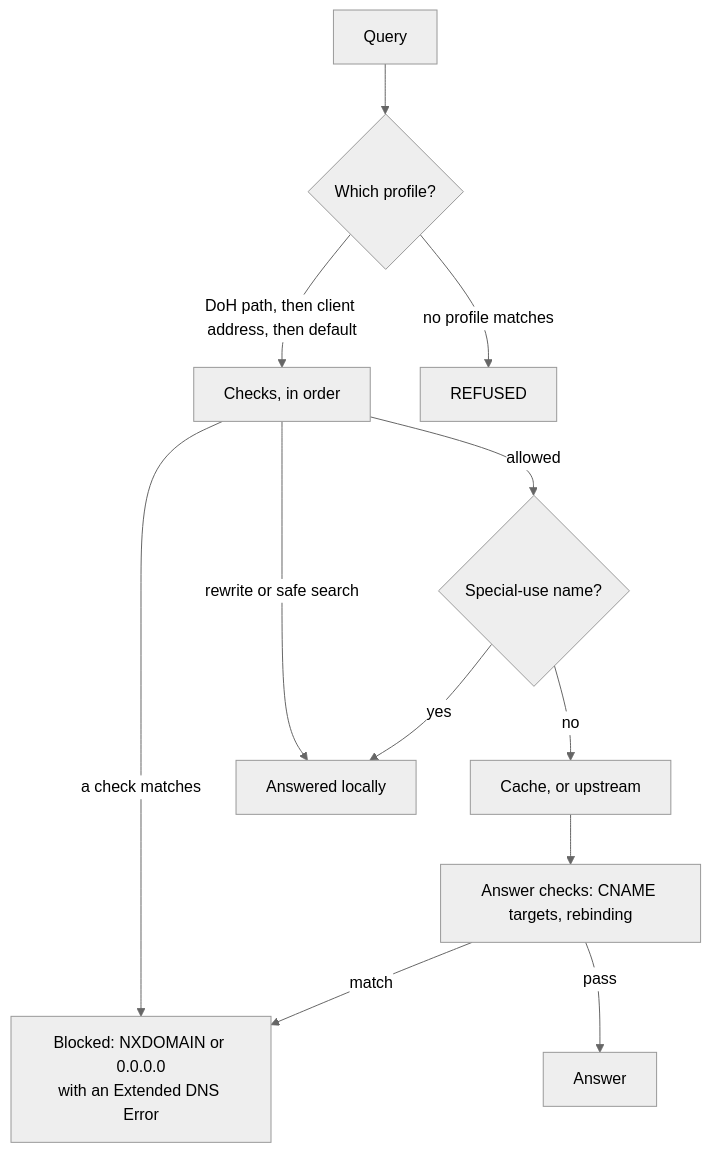
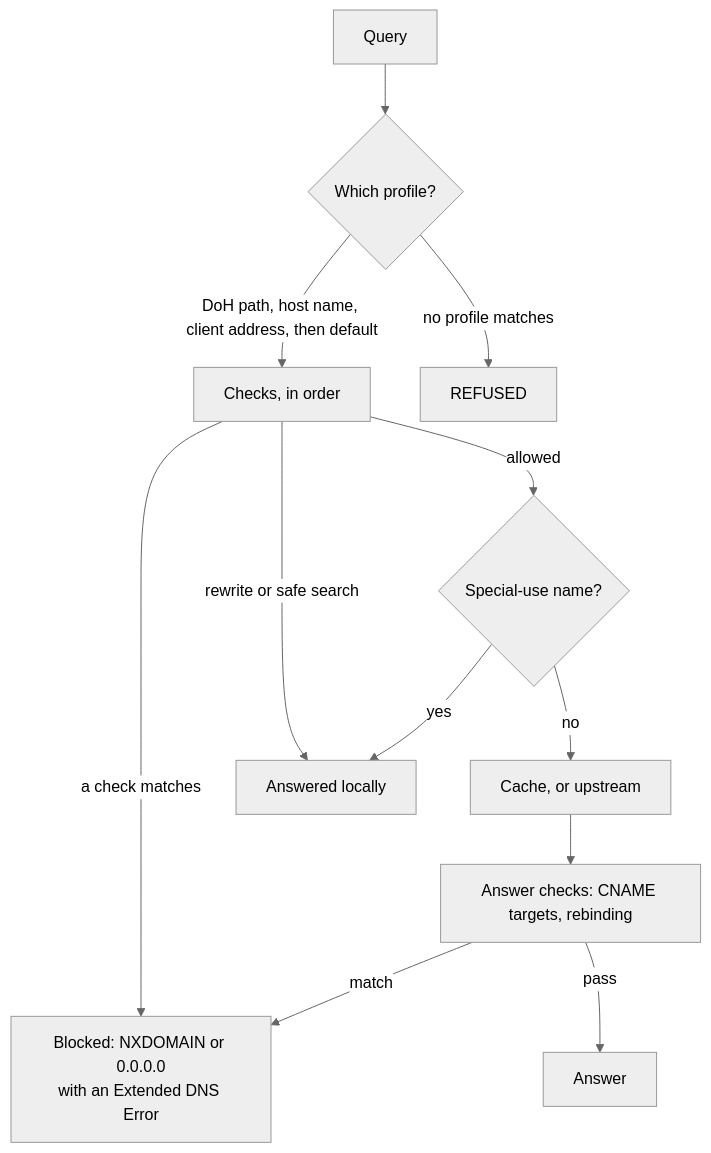
Before and after one commit to picatz/doh: the diagram in docs/protections.md, drawn with Mermaid (neutral theme). The commit also changed other lines of this file and 35 other files, not shown here.

First line of the commit message:
Serve DNS-over-TLS, connect devices by profile host name, and fix master CI (#71)

````diff
--- a/docs/protections.md
+++ b/docs/protections.md
@@ -19,14 +19,14 @@
 ```mermaid
 flowchart TD
     Q["Query"] --> P{"Which profile?"}
-    P -- "DoH path, then client address, then default" --> C["Checks, in order"]
+    P -- "DoH path, host name, client address, then default" --> C["Checks, in order"]
     P -- "no profile matches" --> R["REFUSED"]
     C -- "a check matches" --> B["Blocked: NXDOMAIN or 0.0.0.0<br/>with an Extended DNS Error"]
     C -- "rewrite or safe search" --> W["Answered locally"]
     C -- "allowed" --> L{"Special-use name?"}
     L -- "yes" --> W
     L -- "no" --> U["Cache, or upstream"]
     U --> A["Answer checks: CNAME targets, rebinding"]
     A -- "match" --> B
     A -- "pass" --> OK["Answer"]
 ```
````
